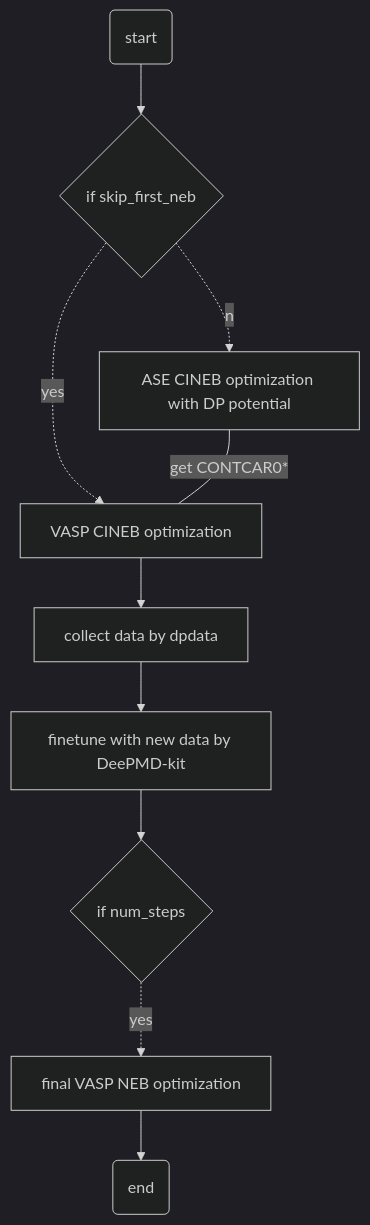
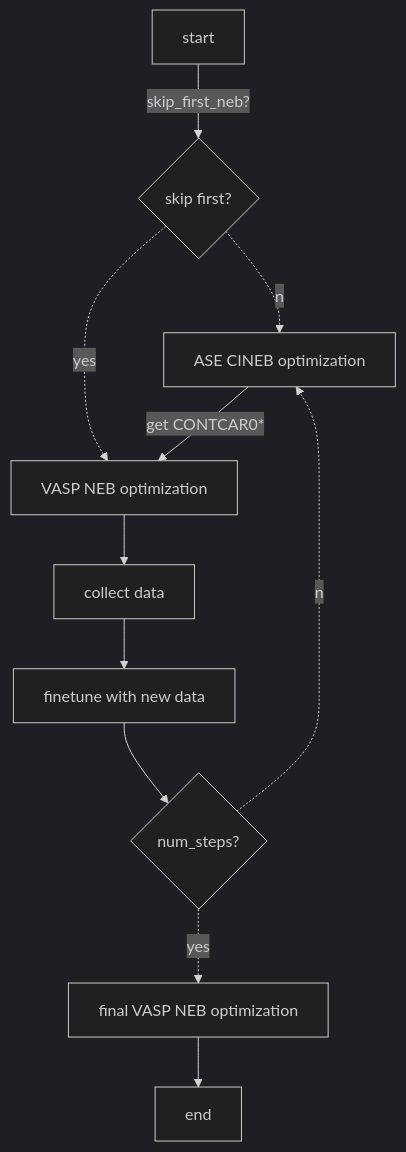
The second of 2 diagrams in postworkflow/README.md (lalaheihaihei/catalyticLAM), drawn with Mermaid (dark theme) before and after one commit. The commit also changed other lines of this file, not shown here.

Commit message:
tight mermaid

````diff
--- a/postworkflow/README.md
+++ b/postworkflow/README.md
@@ -230,14 +230,13 @@
 ```mermaid
-graph
-A(start) --> X{if skip_first_neb}
-X -.no.-> B[ASE CINEB optimization with DP potential]
+graph TD
+A[start] -->|skip_first_neb?| X{skip first?}
+X -.no.-> B[ASE CINEB optimization]
 X -.yes.-> C[VASP NEB optimization]
-B --get CONTCAR0*--- C[VASP CINEB optimization]
-C  -->D[collect data by dpdata]
-D --> E[finetune with new data by DeePMD-kit]
-E --> F{if num_steps}
-F -.yes.->  H[final VASP NEB optimization] 
-I(end)
-H --> I
-
+B -->|get CONTCAR0*| C
+C --> D[collect data]
+D --> E[finetune with new data]
+E --> F{num_steps?}
+F -.yes.-> H[final VASP NEB optimization]
+F -.no.-> B
+H --> I[end]
 ```
````
